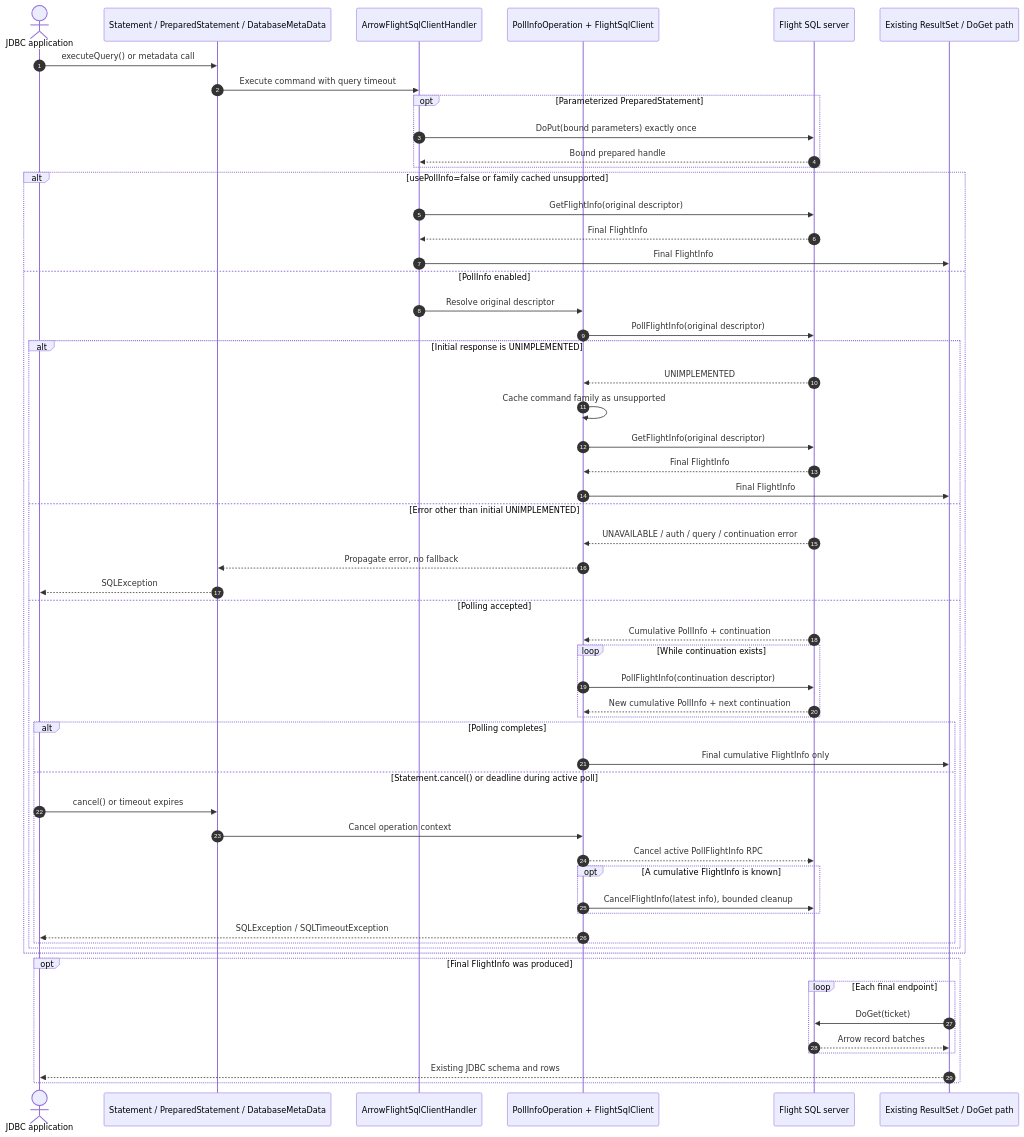
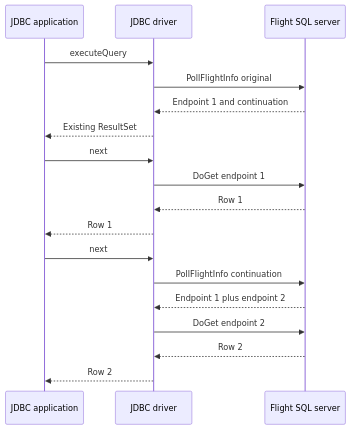
Before and after one commit to xborder/arrow-java: the diagram in reports/jdbc-report.md, drawn with Mermaid. The commit also changed other lines of this file and 10 other files, not shown here.

Commit message:
BDX-645: consume PollInfo endpoints progressively

````diff
--- a/reports/jdbc-report.md
+++ b/reports/jdbc-report.md
@@ -63,60 +63,20 @@
 ```mermaid
 sequenceDiagram
-    autonumber
-    actor App as JDBC application
-    participant API as Statement / PreparedStatement / DatabaseMetaData
-    participant Client as ArrowFlightSqlClientHandler
-    participant Poller as PollInfoOperation + FlightSqlClient
+    participant App as JDBC application
+    participant Driver as JDBC driver
     participant Server as Flight SQL server
-    participant Result as Existing ResultSet / DoGet path
-
-    App->>API: executeQuery() or metadata call
-    API->>Client: Execute command with query timeout
-    opt Parameterized PreparedStatement
-        Client->>Server: DoPut(bound parameters) exactly once
-        Server-->>Client: Bound prepared handle
-    end
-    alt usePollInfo=false or family cached unsupported
-        Client->>Server: GetFlightInfo(original descriptor)
-        Server-->>Client: Final FlightInfo
-        Client->>Result: Final FlightInfo
-    else PollInfo enabled
-        Client->>Poller: Resolve original descriptor
-        Poller->>Server: PollFlightInfo(original descriptor)
-        alt Initial response is UNIMPLEMENTED
-            Server-->>Poller: UNIMPLEMENTED
-            Poller->>Poller: Cache command family as unsupported
-            Poller->>Server: GetFlightInfo(original descriptor)
-            Server-->>Poller: Final FlightInfo
-            Poller->>Result: Final FlightInfo
-        else Error other than initial UNIMPLEMENTED
-            Server-->>Poller: UNAVAILABLE / auth / query / continuation error
-            Poller-->>API: Propagate error, no fallback
-            API-->>App: SQLException
-        else Polling accepted
-            Server-->>Poller: Cumulative PollInfo + continuation
-            loop While continuation exists
-                Poller->>Server: PollFlightInfo(continuation descriptor)
-                Server-->>Poller: New cumulative PollInfo + next continuation
-            end
-            alt Polling completes
-                Poller->>Result: Final cumulative FlightInfo only
-            else Statement.cancel() or deadline during active poll
-                App->>API: cancel() or timeout expires
-                API->>Poller: Cancel operation context
-                Poller-->>Server: Cancel active PollFlightInfo RPC
-                opt A cumulative FlightInfo is known
-                    Poller->>Server: CancelFlightInfo(latest info), bounded cleanup
-                end
-                Poller-->>App: SQLException / SQLTimeoutException
-            end
-        end
-    end
-    opt Final FlightInfo was produced
-        loop Each final endpoint
-            Result->>Server: DoGet(ticket)
-            Server-->>Result: Arrow record batches
-        end
-        Result-->>App: Existing JDBC schema and rows
-    end
+    App->>Driver: executeQuery
+    Driver->>Server: PollFlightInfo original
+    Server-->>Driver: Endpoint 1 and continuation
+    Driver-->>App: Existing ResultSet
+    App->>Driver: next
+    Driver->>Server: DoGet endpoint 1
+    Server-->>Driver: Row 1
+    Driver-->>App: Row 1
+    App->>Driver: next
+    Driver->>Server: PollFlightInfo continuation
+    Server-->>Driver: Endpoint 1 plus endpoint 2
+    Driver->>Server: DoGet endpoint 2
+    Server-->>Driver: Row 2
+    Driver-->>App: Row 2
 ```
````
